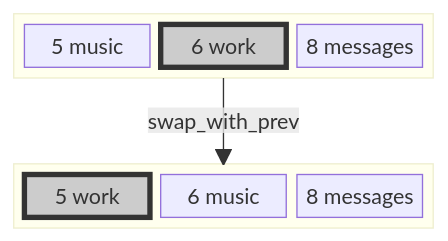
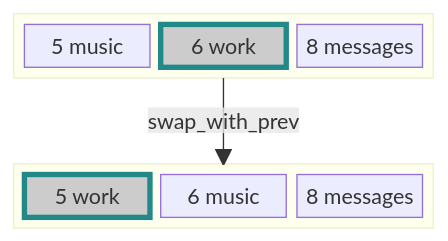
Before and after one commit to berezowski/swaymsg_workspace: the fifth of 10 diagrams in README.md, drawn with Mermaid. The commit also changed other lines of this file, not shown here.

````diff
--- a/README.md
+++ b/README.md
@@ -153,18 +153,18 @@
 ```mermaid
 block-beta
   columns 3
   block:a:3
     A["5 music"]
     B["6 work"]
     C["8 messages"]
   end
   space:3
   block:b:3
     D["5 work"]
     E["6 music"]
     F["8 messages"]
   end
   a -- "swap_with_prev" --> b
-  style B fill:#ccc,stroke:#333,stroke-width:4px
-  style D fill:#ccc,stroke:#333,stroke-width:4px
+  style B fill:#ccc,stroke:#288,stroke-width:4px,color:#000
+  style D fill:#ccc,stroke:#288,stroke-width:4px,color:#000
 ```
````
